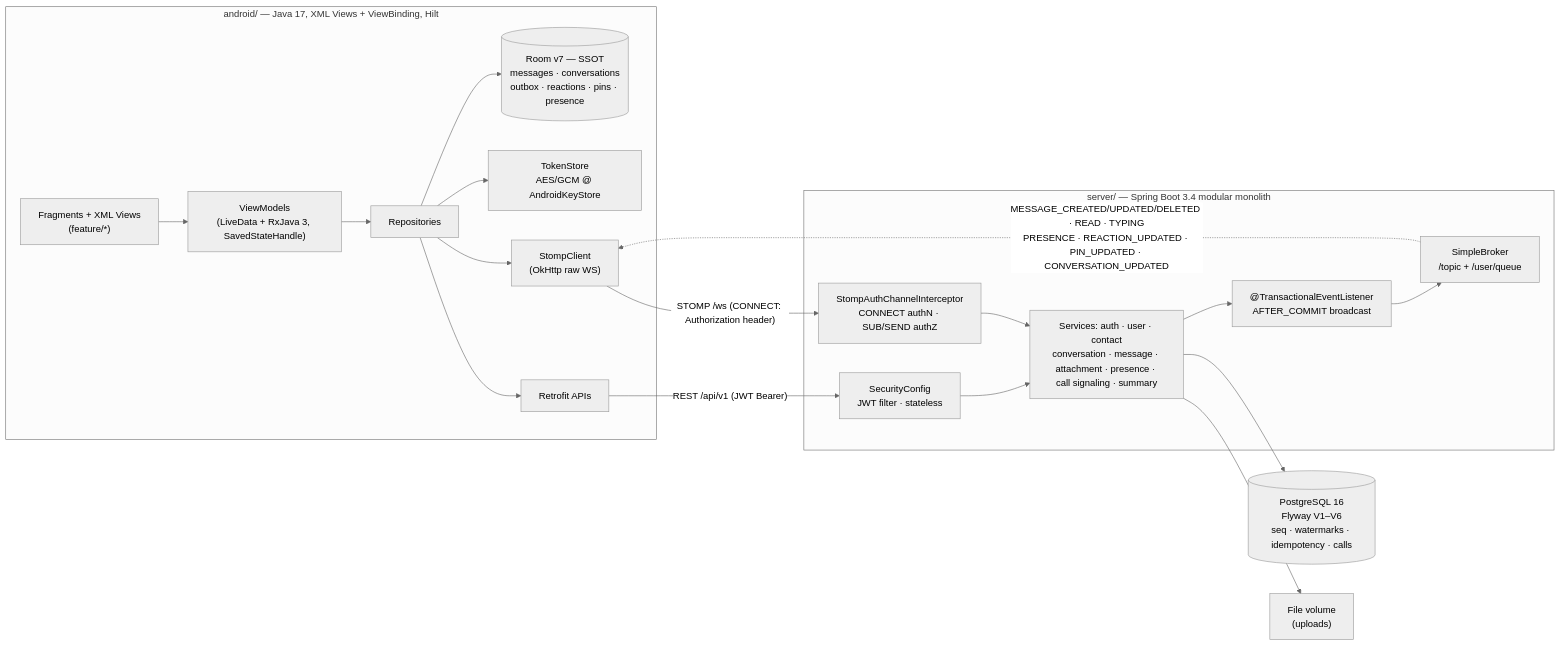
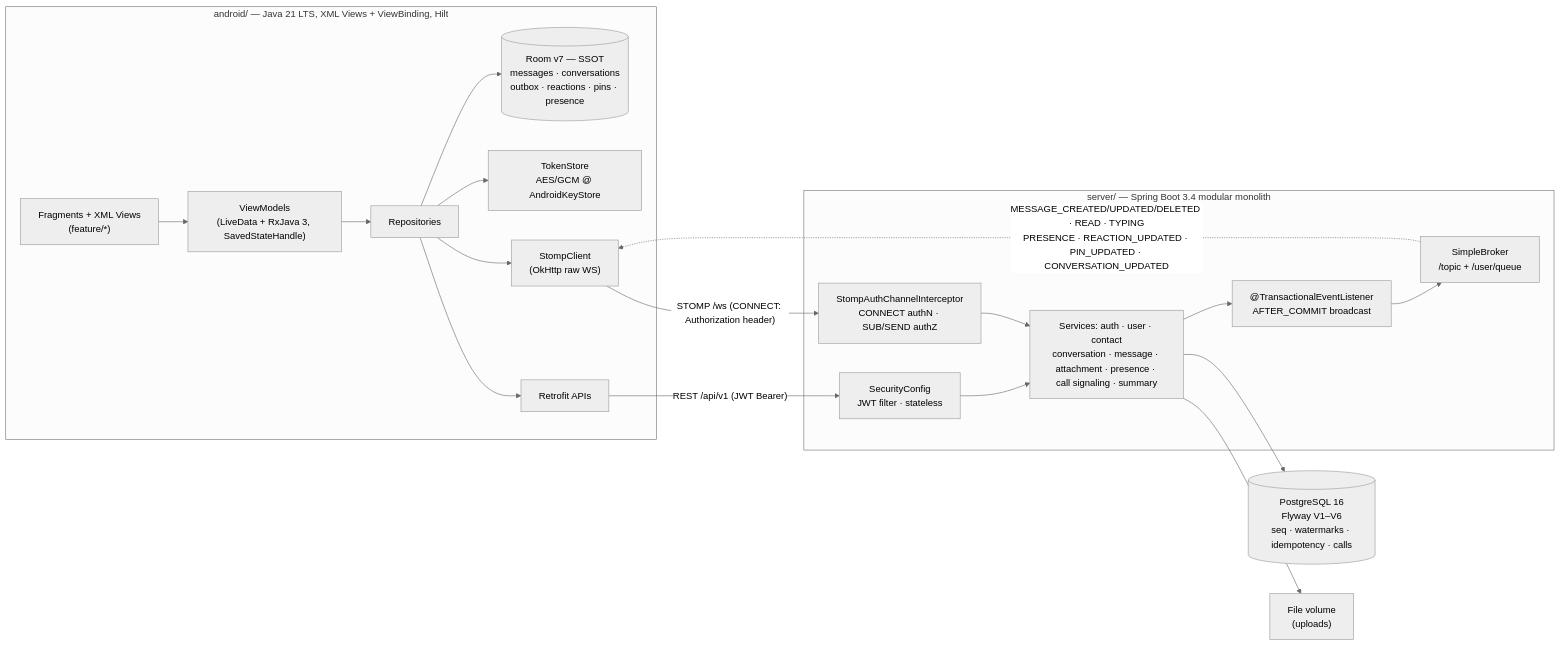
Before and after one commit to JasonTM17/Nexachat_AppJ: the diagram in README.md, drawn with Mermaid (neutral theme). The commit also changed other lines of this file and 25 other files, not shown here.

Commit message:
feat(platform): upgrade monorepo to Java 21 LTS and rewrite documentation

````diff
--- a/README.md
+++ b/README.md
@@ -97,29 +98,29 @@
 ```mermaid
 flowchart LR
-    subgraph Android["android/ — Java 17, XML Views + ViewBinding, Hilt"]
+    subgraph Android["android/ — Java 21 LTS, XML Views + ViewBinding, Hilt"]
         UI["Fragments + XML Views<br/>(feature/*)"] --> VM["ViewModels<br/>(LiveData + RxJava 3, SavedStateHandle)"]
         VM --> REPO["Repositories"]
         REPO --> ROOM[("Room v7 — SSOT<br/>messages · conversations<br/>outbox · reactions · pins · presence")]
         REPO --> TS["TokenStore<br/>AES/GCM @ AndroidKeyStore"]
         REPO --> ST["StompClient<br/>(OkHttp raw WS)"]
         REPO --> RT["Retrofit APIs"]
     end
 
     subgraph Server["server/ — Spring Boot 3.4 modular monolith"]
         SEC["SecurityConfig<br/>JWT filter · stateless"]
         INT["StompAuthChannelInterceptor<br/>CONNECT authN · SUB/SEND authZ"]
         SVC["Services: auth · user · contact<br/>conversation · message · attachment · presence · call signaling · summary"]
         EVT["@TransactionalEventListener<br/>AFTER_COMMIT broadcast"]
         BR["SimpleBroker<br/>/topic + /user/queue"]
     end
 
     DB[("PostgreSQL 16<br/>Flyway V1–V6<br/>seq · watermarks · idempotency · calls")]
     FS["File volume<br/>(uploads)"]
 
     RT -- "REST /api/v1 (JWT Bearer)" --> SEC --> SVC
     ST -- "STOMP /ws (CONNECT: Authorization header)" --> INT --> SVC
     SVC --> DB
     SVC --> FS
     SVC --> EVT --> BR
     BR -. "MESSAGE_CREATED/UPDATED/DELETED · READ · TYPING<br/>PRESENCE · REACTION_UPDATED · PIN_UPDATED · CONVERSATION_UPDATED" .-> ST
 ```
````
